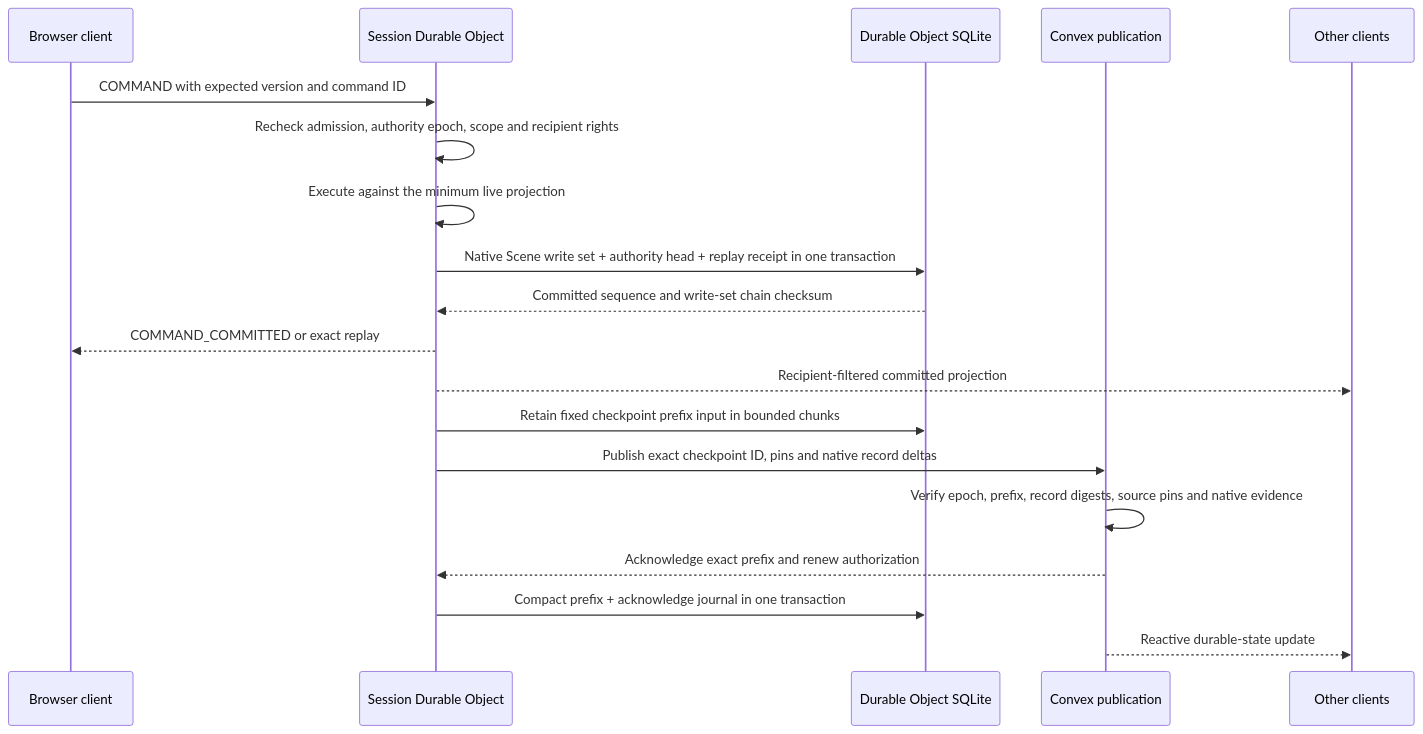
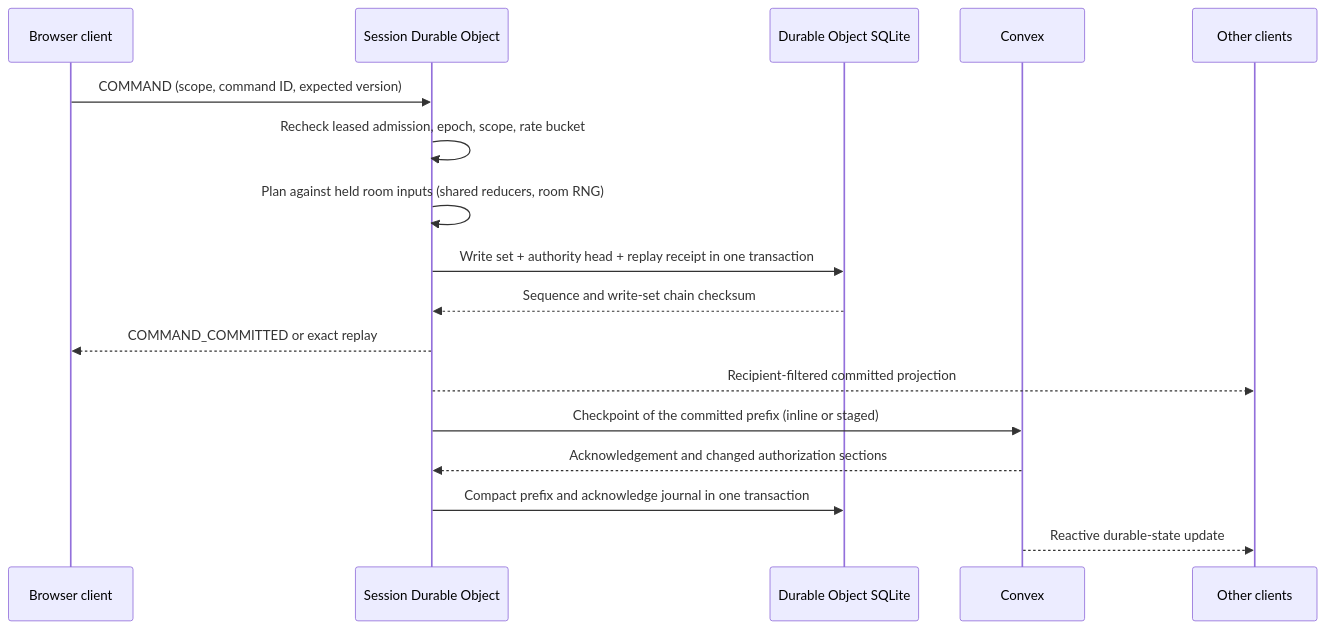
Before and after one commit to MPiland/artificer-toolkit: the second of 3 diagrams in docs/architecture/live-sessions.md, drawn with Mermaid. The commit also changed other lines of this file and 13 other files, not shown here.

First line of the commit message:
Rewrite the live-session, persistence and rules-runtime guides for the room-authoritative system (VS-8)

````diff
--- a/docs/architecture/live-sessions.md
+++ b/docs/architecture/live-sessions.md
@@ -800,22 +80,20 @@
 ```mermaid
 sequenceDiagram
   participant Client as Browser client
   participant Room as Session Durable Object
   participant SQLite as Durable Object SQLite
-  participant Convex as Convex publication
+  participant Convex as Convex
   participant Peers as Other clients
 
-  Client->>Room: COMMAND with expected version and command ID
-  Room->>Room: Recheck admission, authority epoch, scope and recipient rights
-  Room->>Room: Execute against the minimum live projection
-  Room->>SQLite: Native Scene write set + authority head + replay receipt in one transaction
-  SQLite-->>Room: Committed sequence and write-set chain checksum
+  Client->>Room: COMMAND (scope, command ID, expected version)
+  Room->>Room: Recheck leased admission, epoch, scope, rate bucket
+  Room->>Room: Plan against held room inputs (shared reducers, room RNG)
+  Room->>SQLite: Write set + authority head + replay receipt in one transaction
+  SQLite-->>Room: Sequence and write-set chain checksum
   Room-->>Client: COMMAND_COMMITTED or exact replay
   Room-->>Peers: Recipient-filtered committed projection
-  Room->>SQLite: Retain fixed checkpoint prefix input in bounded chunks
-  Room->>Convex: Publish exact checkpoint ID, pins and native record deltas
-  Convex->>Convex: Verify epoch, prefix, record digests, source pins and native evidence
-  Convex-->>Room: Acknowledge exact prefix and renew authorization
-  Room->>SQLite: Compact prefix + acknowledge journal in one transaction
+  Room->>Convex: Checkpoint of the committed prefix (inline or staged)
+  Convex-->>Room: Acknowledgement and changed authorization sections
+  Room->>SQLite: Compact prefix and acknowledge journal in one transaction
   Convex-->>Peers: Reactive durable-state update
 ```
````
